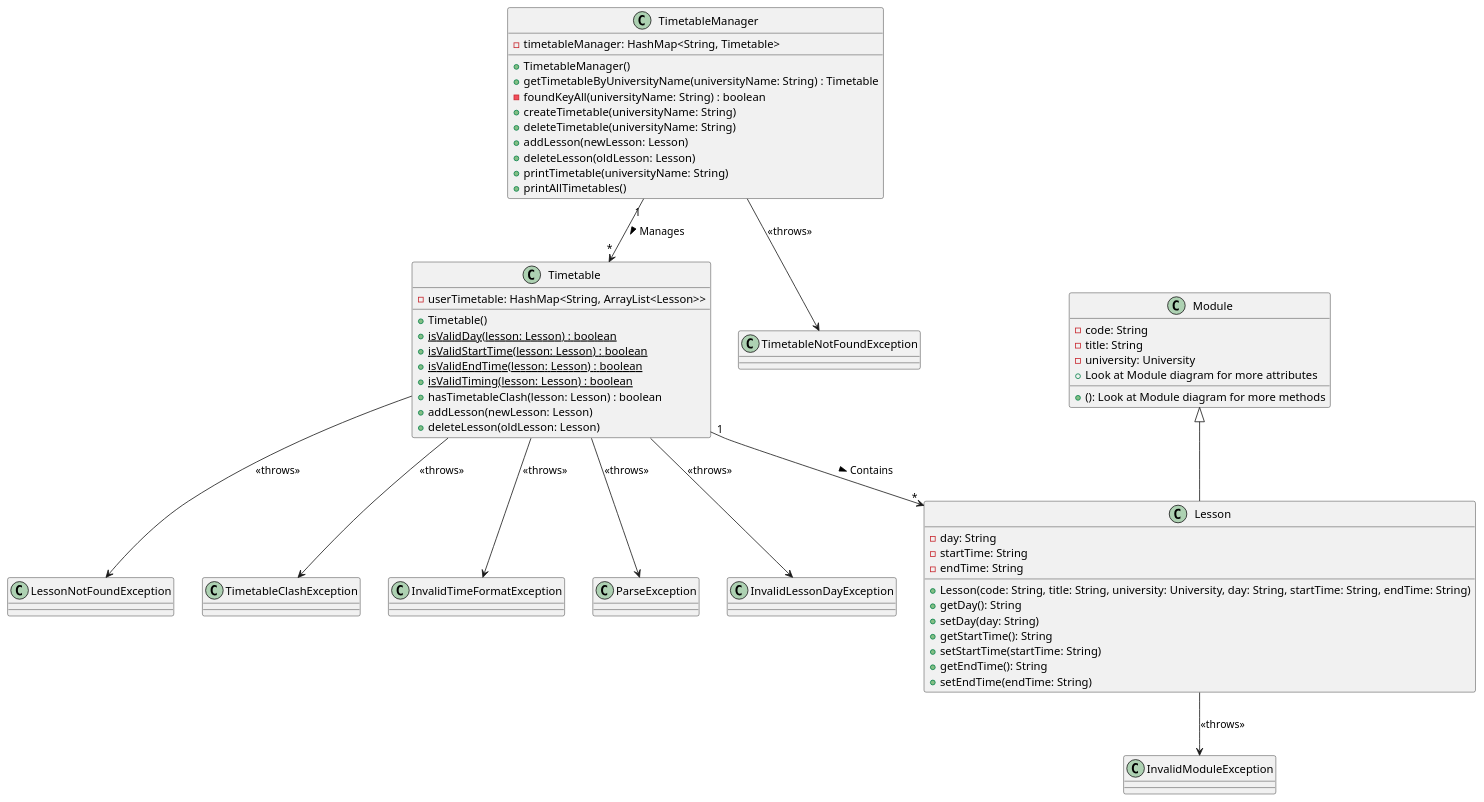
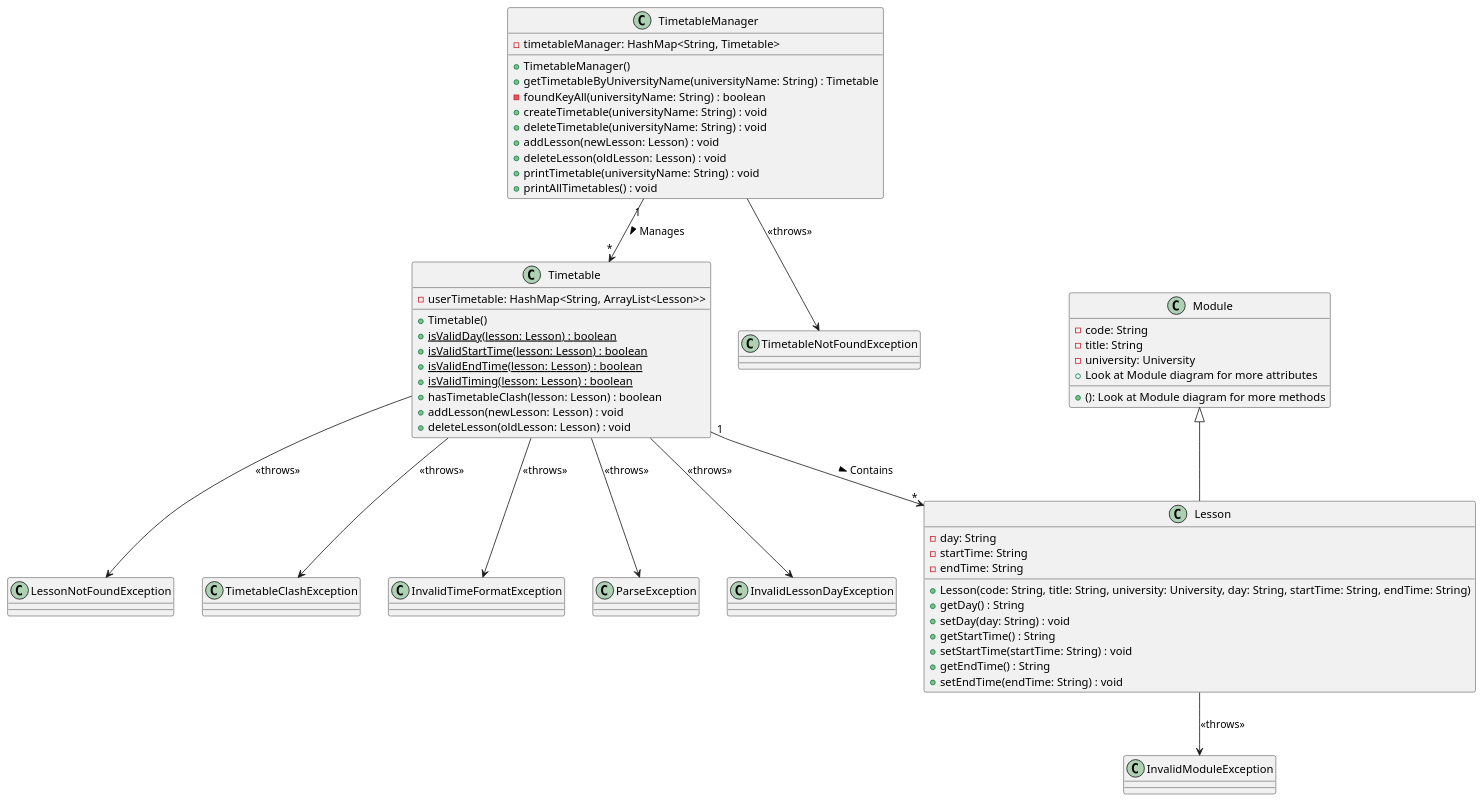
Before and after one commit to nus-cs2113-AY2223S1/tp: the diagram in docs/diagrams/Timetable.puml, drawn with PlantUML. The commit also changed 4 other files, not shown here.

Commit message:
Add diagram for FavouriteCommand and add minor changes to Ui and Timetable diagram

```diff
--- a/docs/diagrams/Timetable.puml
+++ b/docs/diagrams/Timetable.puml
@@ -1,82 +1,82 @@
 @startuml
 'https://plantuml.com/class-diagram
 
 class TimetableManager {
     - timetableManager: HashMap<String, Timetable>
     + TimetableManager()
     + getTimetableByUniversityName(universityName: String) : Timetable
     - foundKeyAll(universityName: String) : boolean
-    + createTimetable(universityName: String)
-    + deleteTimetable(universityName: String)
-    + addLesson(newLesson: Lesson)
-    + deleteLesson(oldLesson: Lesson)
-    + printTimetable(universityName: String)
-    + printAllTimetables()
+    + createTimetable(universityName: String) : void
+    + deleteTimetable(universityName: String) : void
+    + addLesson(newLesson: Lesson) : void
+    + deleteLesson(oldLesson: Lesson) : void
+    + printTimetable(universityName: String) : void
+    + printAllTimetables() : void
 }
 
 class Timetable {
     - userTimetable: HashMap<String, ArrayList<Lesson>>
     + Timetable()
     {static} + isValidDay(lesson: Lesson) : boolean
     {static} + isValidStartTime(lesson: Lesson) : boolean
     {static} + isValidEndTime(lesson: Lesson) : boolean
     {static} + isValidTiming(lesson: Lesson) : boolean
     + hasTimetableClash(lesson: Lesson) : boolean
-    + addLesson(newLesson: Lesson)
-    + deleteLesson(oldLesson: Lesson)
+    + addLesson(newLesson: Lesson) : void
+    + deleteLesson(oldLesson: Lesson) : void
 }
 
 class Lesson {
     - day: String
     - startTime: String
     - endTime: String
     + Lesson(code: String, title: String, university: University, day: String, startTime: String, endTime: String)
-    + getDay(): String
-    + setDay(day: String)
-    + getStartTime(): String
-    + setStartTime(startTime: String)
-    + getEndTime(): String
-    + setEndTime(endTime: String)
+    + getDay() : String
+    + setDay(day: String) : void
+    + getStartTime() : String
+    + setStartTime(startTime: String) : void
+    + getEndTime() : String
+    + setEndTime(endTime: String) : void
 }
 
 class Module {
     - code: String
     - title: String
     - university: University
     + Look at Module diagram for more attributes
     + (): Look at Module diagram for more methods
 }
 
 class LessonNotFoundException {
 }
 
 class TimetableNotFoundException {
 }
 
 class TimetableClashException {
 }
 
 class InvalidModuleException {
 }
 
 class InvalidTimeFormatException {
 }
 
 class ParseException {
 }
 
 class InvalidLessonDayException {
 }
 
 TimetableManager "1" --> "*" Timetable :> Manages
 Timetable "1" --> "*" Lesson :> Contains
 Lesson --> InvalidModuleException : <<throws>>
 Timetable --> InvalidTimeFormatException : <<throws>>
 Timetable --> TimetableClashException : <<throws>>
 Timetable --> ParseException : <<throws>>
 Timetable --> LessonNotFoundException : <<throws>>
 Timetable --> InvalidLessonDayException : <<throws>>
 TimetableManager --> TimetableNotFoundException : <<throws>>
 Module <|-- Lesson
 
 @enduml
```
